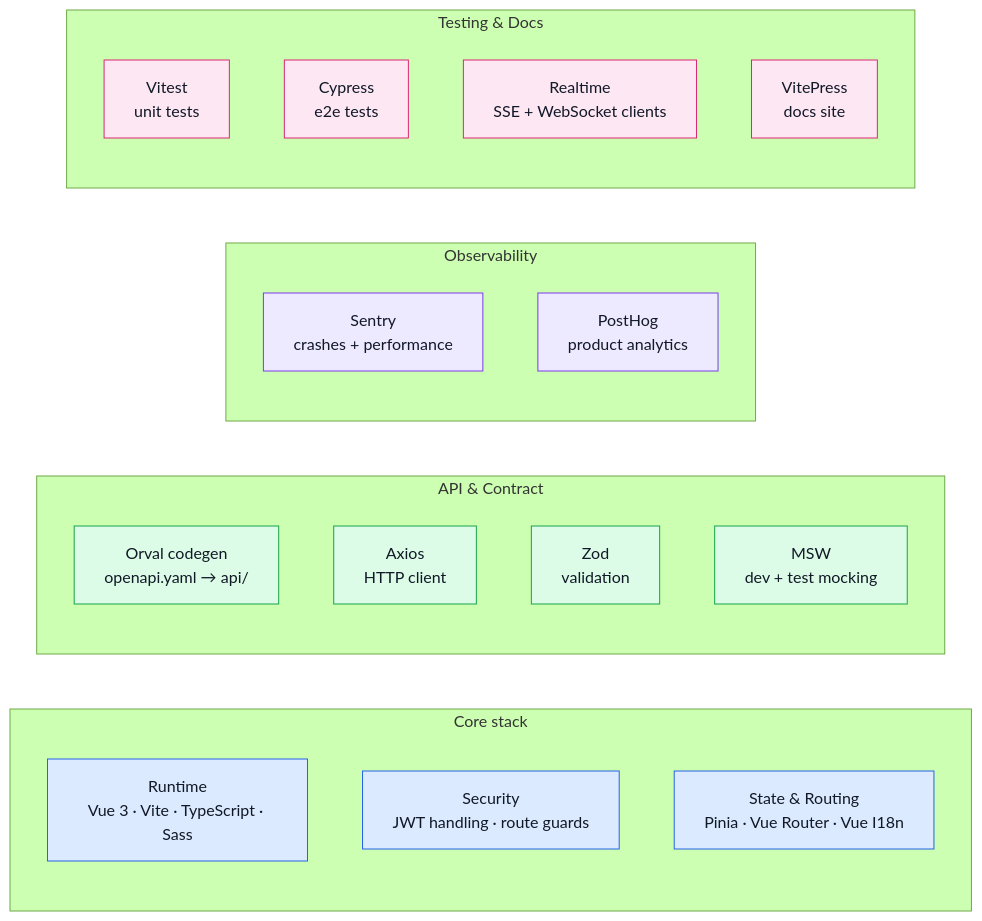
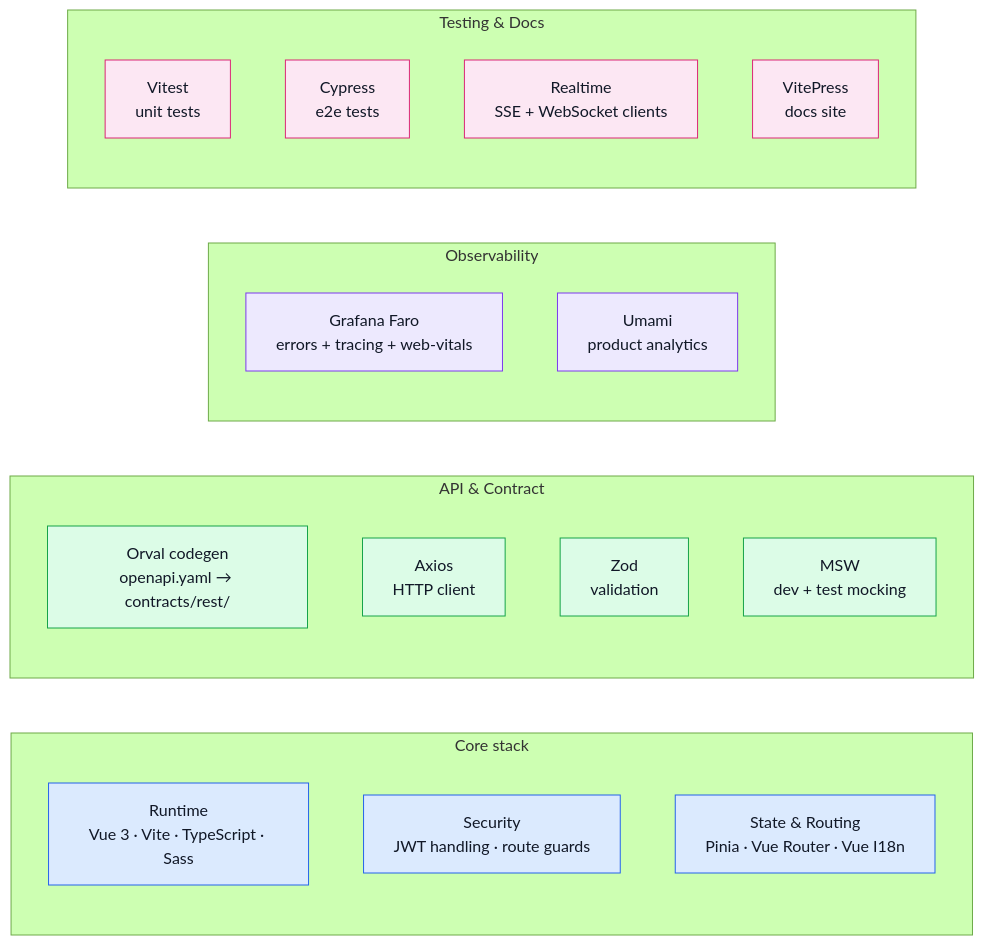
The diagram in docs/tools/index.md (Guebbit/boilerplate-vue-frontend), drawn with Mermaid (forest theme) before and after one commit. The commit also changed other lines of this file and 99 other files, not shown here.

````diff
--- a/docs/tools/index.md
+++ b/docs/tools/index.md
@@ -9,37 +9,37 @@
 ```mermaid
 %%{init: {'flowchart': {'nodeSpacing': 55, 'rankSpacing': 75}}}%%
 flowchart LR
     subgraph Core["Core stack"]
         Runtime[Runtime\nVue 3 · Vite · TypeScript · Sass]
         Security[Security\nJWT handling · route guards]
         StateRouting[State & Routing\nPinia · Vue Router · Vue I18n]
     end
 
     subgraph API["API & Contract"]
-        Orval[Orval codegen\nopenapi.yaml → api/]
+        Orval[Orval codegen\nopenapi.yaml → contracts/rest/]
         Axios[Axios\nHTTP client]
         Zod[Zod\nvalidation]
         MSW[MSW\ndev + test mocking]
     end
 
     subgraph Obs["Observability"]
-        Sentry[Sentry\ncrashes + performance]
-        PostHog[PostHog\nproduct analytics]
+        Faro[Grafana Faro\nerrors + tracing + web-vitals]
+        Umami[Umami\nproduct analytics]
     end
 
     subgraph Testing["Testing & Docs"]
         Vitest[Vitest\nunit tests]
         Cypress[Cypress\ne2e tests]
         Realtime[Realtime\nSSE + WebSocket clients]
         VitePress[VitePress\ndocs site]
     end
 
     classDef core fill:#dbeafe,stroke:#2563eb,color:#111827;
     classDef api fill:#dcfce7,stroke:#16a34a,color:#111827;
     classDef obs fill:#ede9fe,stroke:#7c3aed,color:#111827;
     classDef test fill:#fce7f3,stroke:#db2777,color:#111827;
     class Runtime,Security,StateRouting core;
     class Orval,Axios,Zod,MSW api;
-    class Sentry,PostHog obs;
+    class Faro,Umami obs;
     class Vitest,Cypress,Realtime,VitePress test;
 ```
````
